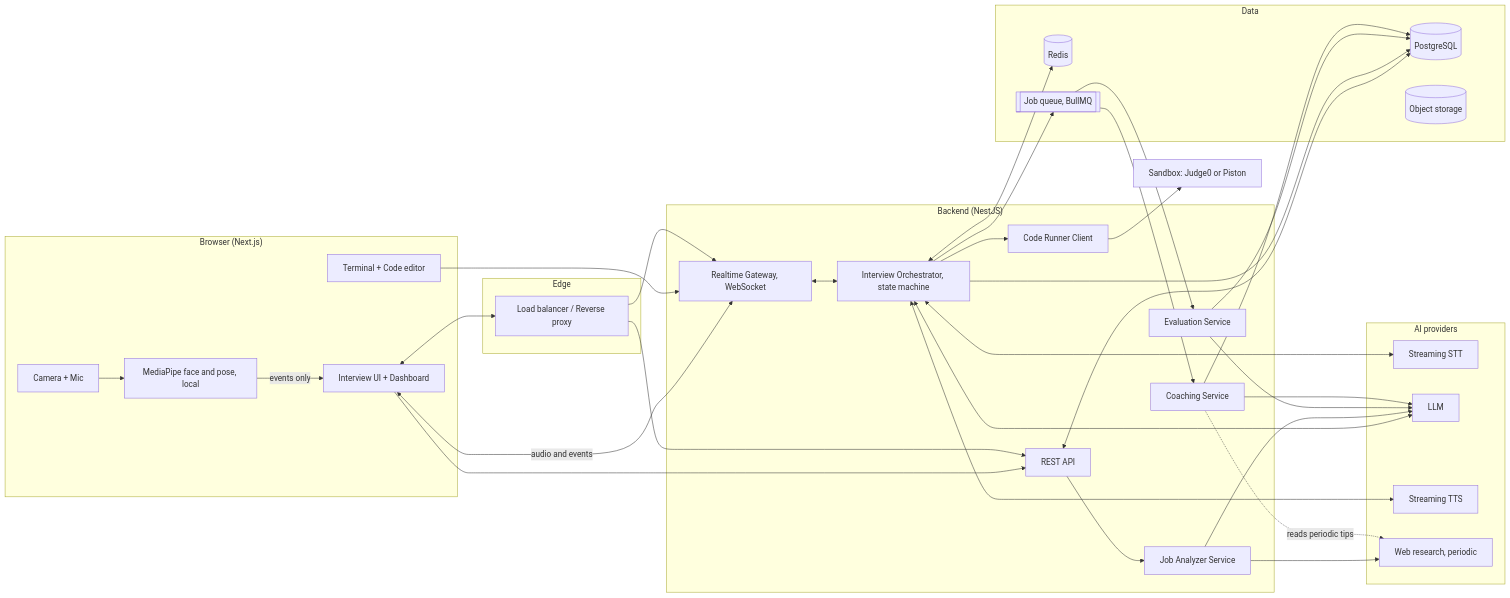
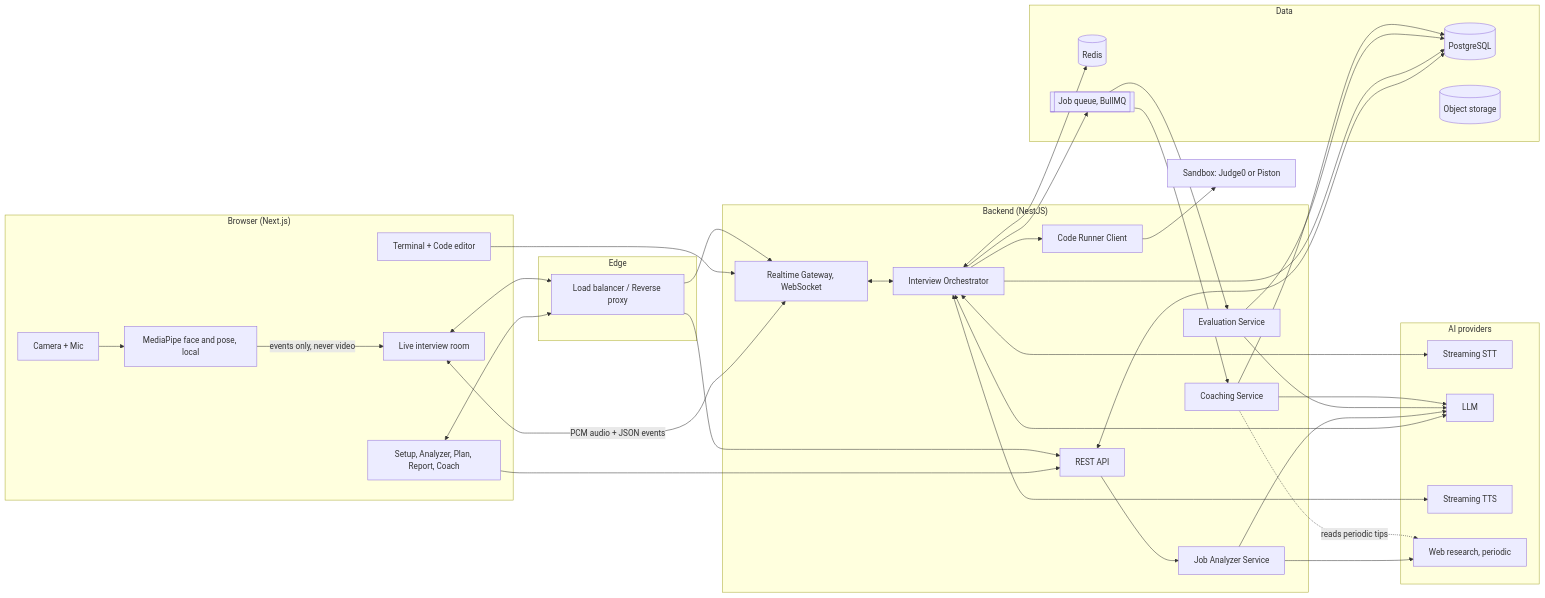
Before and after one commit to abhi2005sm/MockRoom: the first of 2 diagrams in mockroom-v2-2-system-architecture.md, drawn with Mermaid. The commit also changed other lines of this file and 27 other files, not shown here.

Commit message:
feat: update system architecture and orchestrator service for enhanced interview flow and persona management

````diff
--- a/mockroom-v2-2-system-architecture.md
+++ b/mockroom-v2-2-system-architecture.md
@@ -11,68 +26,70 @@
 ```mermaid
 flowchart LR
   subgraph Browser["Browser (Next.js)"]
-    UI[Interview UI + Dashboard]
+    UI[Setup, Analyzer, Plan, Report, Coach]
+    ROOM[Live interview room]
     CAM[Camera + Mic]
     MP[MediaPipe face and pose, local]
     TERM[Terminal + Code editor]
   end
 
   subgraph Edge["Edge"]
     LB[Load balancer / Reverse proxy]
   end
 
   subgraph Backend["Backend (NestJS)"]
     API[REST API]
     WS[Realtime Gateway, WebSocket]
-    ORCH[Interview Orchestrator, state machine]
+    ORCH[Interview Orchestrator]
     EVAL[Evaluation Service]
     COACH[Coaching Service]
     ANALYZER[Job Analyzer Service]
     RUN[Code Runner Client]
   end
 
   subgraph AI["AI providers"]
     STT[Streaming STT]
     LLM[LLM]
     TTS[Streaming TTS]
     WEBR[Web research, periodic]
   end
 
   subgraph Data["Data"]
     PG[(PostgreSQL)]
     RD[(Redis)]
     S3[(Object storage)]
     Q[[Job queue, BullMQ]]
   end
 
   SBX[Sandbox: Judge0 or Piston]
 
   UI <--> LB
+  ROOM <--> LB
   CAM --> MP
-  MP -->|events only| UI
-  UI <-->|audio and events| WS
+  MP -->|events only, never video| ROOM
+  ROOM <-->|PCM audio + JSON events| WS
   UI --> API
   TERM --> WS
   LB --> API
   LB --> WS
   WS <--> ORCH
   ORCH <--> STT
   ORCH <--> LLM
   ORCH <--> TTS
   ORCH <--> RD
   API <--> PG
   ORCH --> PG
   API --> ANALYZER
   ANALYZER --> LLM
   ANALYZER --> WEBR
   RUN --> SBX
   ORCH --> RUN
   ORCH --> Q
   Q --> EVAL
   Q --> COACH
   EVAL --> LLM
   EVAL --> PG
   COACH --> LLM
   COACH --> PG
   COACH -.->|reads periodic tips| WEBR
 ```
````
